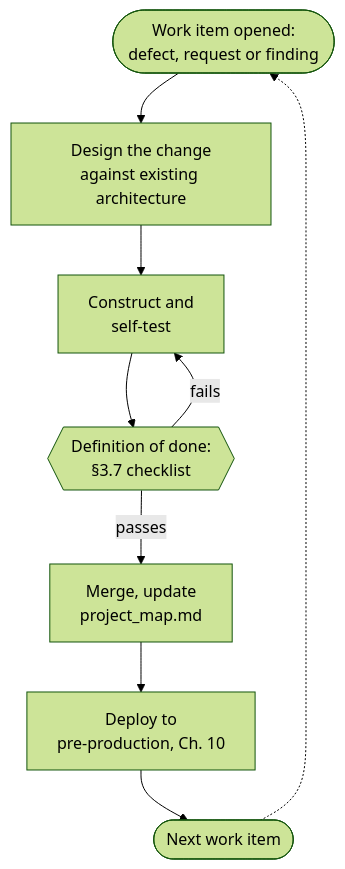
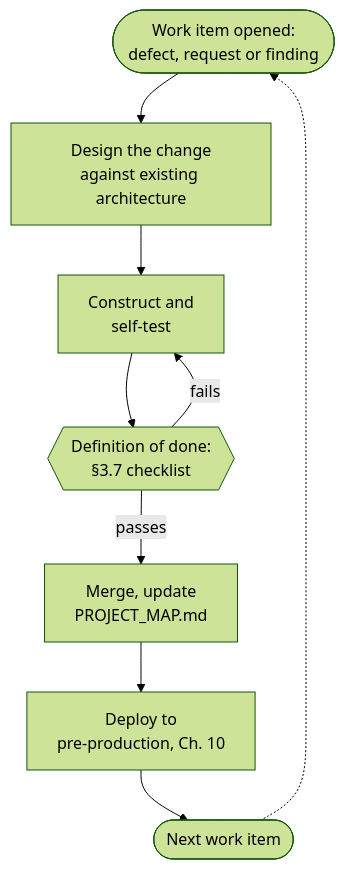
One commit to shalin-rahman/GHCAA changed the fourth of 5 diagrams in docs/book/04-methodology.md. Above: the diagram before and after it, drawn with Mermaid (forest theme). The commit also changed other lines of this file and 56 other files, not shown here.

````diff
--- a/docs/book/04-methodology.md
+++ b/docs/book/04-methodology.md
@@ -460,11 +495,11 @@
 ```mermaid
 flowchart TB
     S([Work item opened:<br/>defect, request or finding]) --> D[Design the change<br/>against existing architecture]
     D --> C[Construct and<br/>self-test]
     C --> G{{Definition of done:<br/>§3.7 checklist}}
     G -->|fails| C
-    G -->|passes| M[Merge, update<br/>project_map.md]
+    G -->|passes| M[Merge, update<br/>PROJECT_MAP.md]
     M --> R[Deploy to<br/>pre-production, Ch. 10]
     R --> N([Next work item])
     N -.-> S
 ```
````
